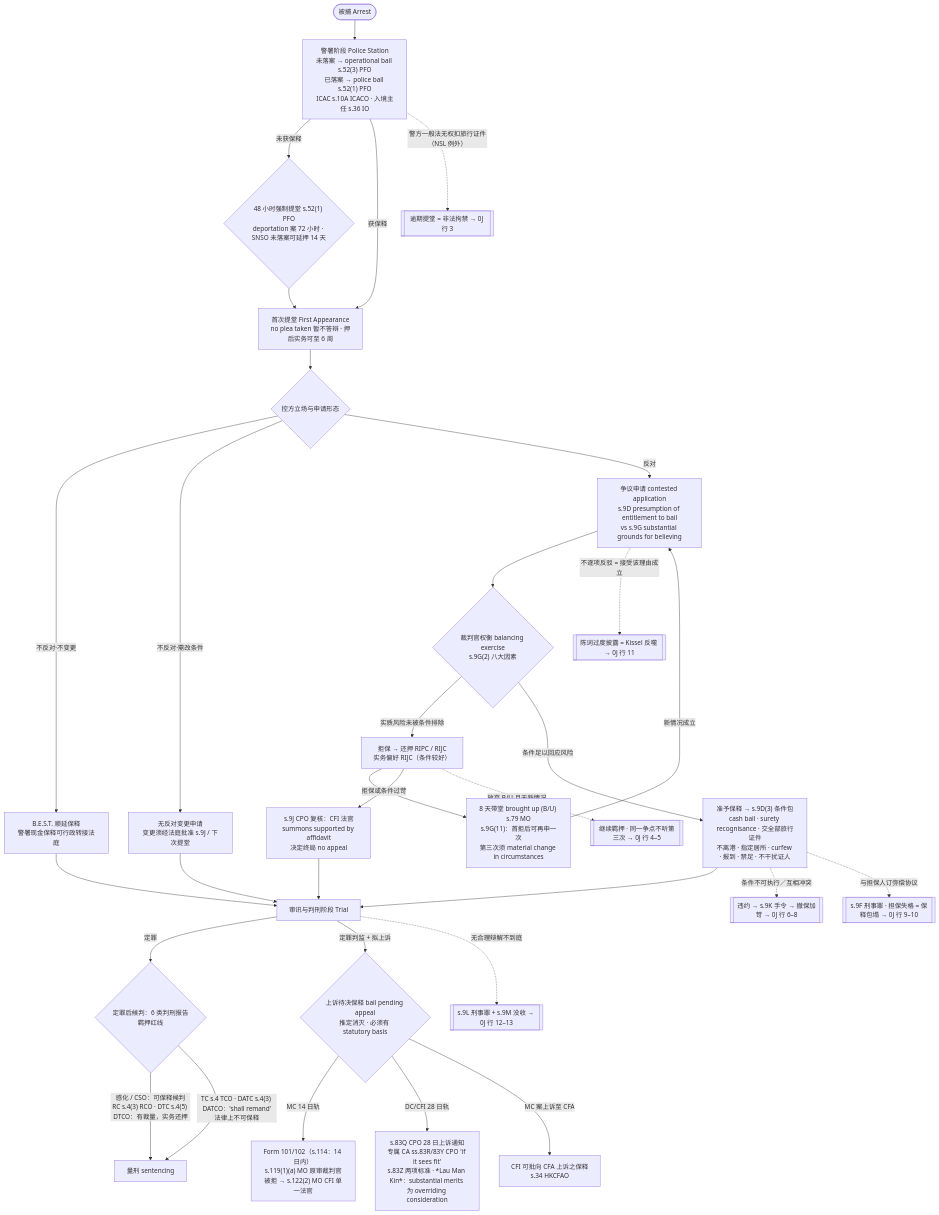
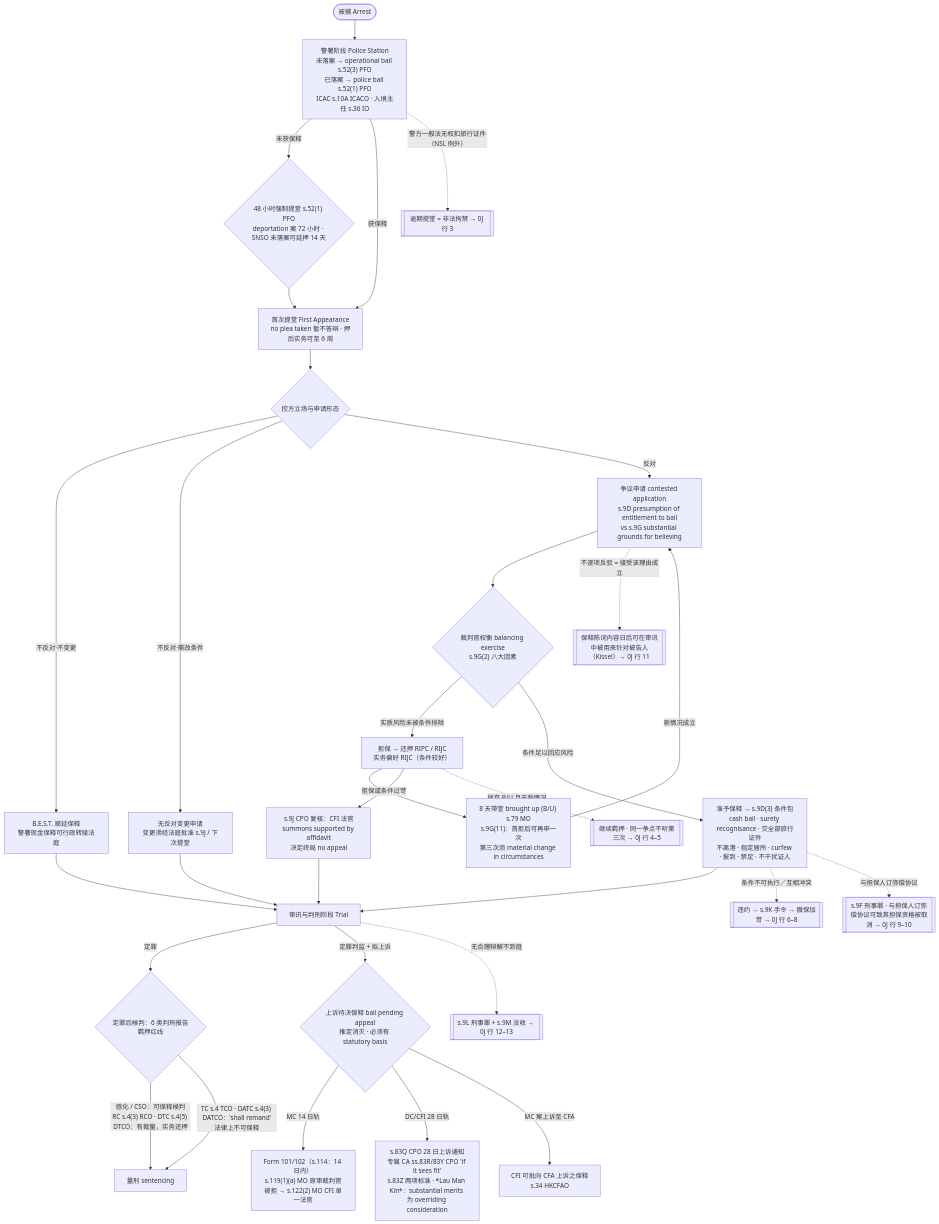
One commit to mixxmax/pcll-criminal-cards changed the first of 2 diagrams in src/content/docs/institutions/05-institution-bail.md. Above: the diagram before and after it, drawn with Mermaid. The commit also changed other lines of this file and 13 other files, not shown here.

````diff
--- a/src/content/docs/institutions/05-institution-bail.md
+++ b/src/content/docs/institutions/05-institution-bail.md
@@ -103,36 +103,36 @@
 ```mermaid
 flowchart TD
  classDef warnnode stroke-dasharray: 4 3;
 
  A(["被捕 Arrest"]) --> P1["警署阶段 Police Station<br/>未落案 → operational bail s.52(3) PFO<br/>已落案 → police bail s.52(1) PFO<br/>ICAC s.10A ICACO · 入境主任 s.36 IO"]
  P1 -->|"未获保释"| G1{"48 小时强制提堂 s.52(1) PFO<br/>deportation 案 72 小时 · SNSO 未落案可延押 14 天"}
  P1 -->|"获保释"| FA["首次提堂 First Appearance<br/>no plea taken 暂不答辩 · 押后实务可至 6 周"]
  G1 --> FA
  FA --> FORM{"控方立场与申请形态"}
  FORM -->|"不反对·不变更"| BEST["B.E.S.T. 顺延保释<br/>警署现金保释可行政转接法庭"]
  FORM -->|"不反对·需改条件"| VAR["无反对变更申请<br/>变更须经法庭批准 s.9J / 下次提堂"]
  FORM -->|"反对"| CT["争议申请 contested application<br/>s.9D presumption of entitlement to bail<br/>vs s.9G substantial grounds for believing"]
  CT --> DEC{"裁判官权衡 balancing exercise<br/>s.9G(2) 八大因素"}
  DEC -->|"实质风险未被条件排除"| REM["拒保 → 还押 RIPC / RIJC<br/>实务偏好 RIJC（条件较好）"]
  REM --> BU["8 天带堂 brought up (B/U) s.79 MO<br/>s.9G(11)：首拒后可再申一次<br/>第三次须 material change in circumstances"]
  BU -->|"新情况成立"| CT
  REM -->|"拒保或条件过苛"| REV["s.9J CPO 复核：CFI 法官<br/>summons supported by affidavit<br/>决定终局 no appeal"]
  DEC -->|"条件足以回应风险"| GRANT["准予保释 → s.9D(3) 条件包<br/>cash bail · surety recognisance · 交全部旅行证件<br/>不离港 · 指定居所 · curfew · 报到 · 禁足 · 不干扰证人"]
  BEST --> TRIAL["审讯与判刑阶段 Trial"]
  VAR --> TRIAL
  GRANT --> TRIAL
  REV --> TRIAL
  TRIAL -->|"定罪"| RPT{"定罪后候判：6 类判刑报告羁押红线"}
  RPT -->|"感化 / CSO：可保释候判<br/>RC s.4(3) RCO · DTC s.4(5) DTCO：有裁量，实务还押"| TRIAL2["量刑 sentencing"]
  RPT -->|"TC s.4 TCO · DATC s.4(3) DATCO：'shall remand'<br/>法律上不可保释"| TRIAL2
  TRIAL -->|"定罪判监 + 拟上诉"| APP{"上诉待决保释 bail pending appeal<br/>推定消灭 · 必须有 statutory basis"}
  APP -->|"MC 14 日轨"| AP1["Form 101/102（s.114：14 日内）<br/>s.119(1)(a) MO 原审裁判官<br/>被拒 → s.122(2) MO CFI 单一法官"]
  APP -->|"DC/CFI 28 日轨"| AP2["s.83Q CPO 28 日上诉通知<br/>专属 CA ss.83R/83Y CPO 'if it sees fit'<br/>s.83Z 两项标准 · *Lau Man Kin*：substantial merits 为 overriding consideration"]
  APP -->|"MC 案上诉至 CFA"| AP3["CFI 可批向 CFA 上诉之保释<br/>s.34 HKCFAO"]
  P1 -.->|"警方一般法无权扣旅行证件（NSL 例外）"| W1[["逾期提堂 = 非法拘禁 → 0J 行 3"]]
- CT -.->|"不逐项反驳 = 接受该理由成立"| W2[["陈词过度披露 = Kissel 反噬 → 0J 行 11"]]
+ CT -.->|"不逐项反驳 = 接受该理由成立"| W2[["保释陈词内容日后可在审讯中被用来针对被告人（Kissel）→ 0J 行 11"]]
  GRANT -.->|"条件不可执行／互相冲突"| W3[["违约 → s.9K 手令 → 撤保加苛 → 0J 行 6–8"]]
- GRANT -.->|"与担保人订弥偿协议"| W4[["s.9F 刑事罪 · 担保失格 = 保释包塌 → 0J 行 9–10"]]
+ GRANT -.->|"与担保人订弥偿协议"| W4[["s.9F 刑事罪 · 与担保人订弥偿协议可致其担保资格被取消 → 0J 行 9–10"]]
  REM -.->|"放弃 B/U 且无新情况"| W5[["继续羁押 · 同一争点不听第三次 → 0J 行 4–5"]]
  TRIAL -.->|"无合理辩解不到庭"| W6[["s.9L 刑事罪 + s.9M 没收 → 0J 行 12–13"]]
 ```
````
